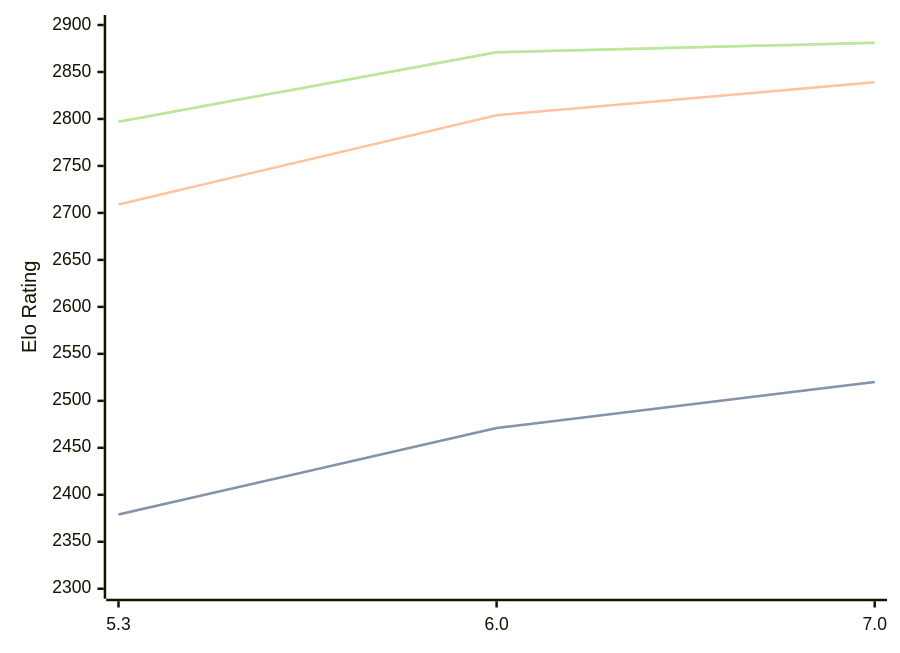
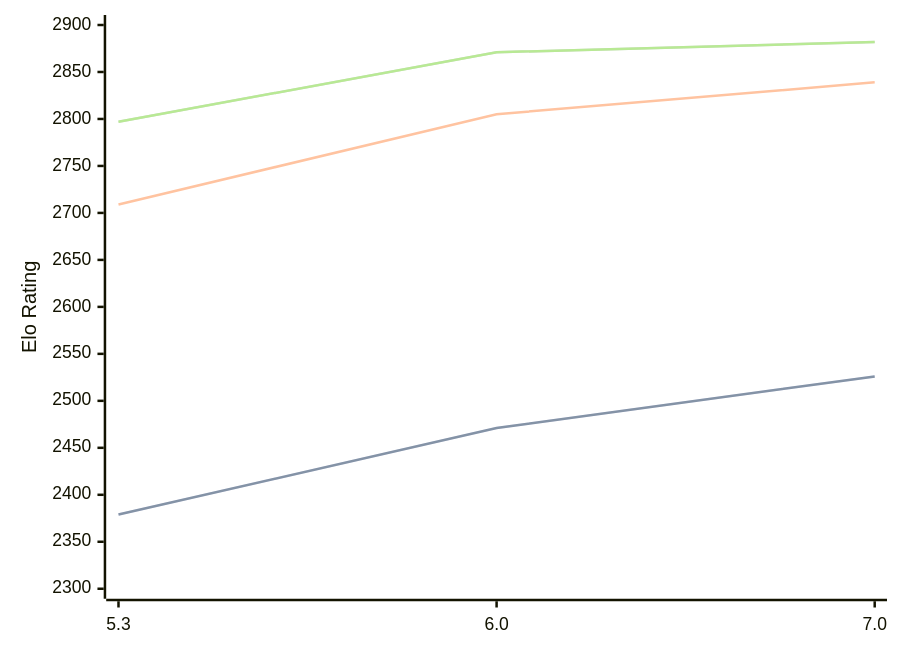
Before and after one commit to computer-chess-index/cci: the diagram in engines/tomitankChess.md, drawn with Mermaid. The commit also changed other lines of this file, not shown here.

Commit message:
Update CCI Ratings (ELO VLTC) - 2026-07-30

````diff
--- a/engines/tomitankChess.md
+++ b/engines/tomitankChess.md
@@ -41,11 +41,11 @@
 ```mermaid
 %%{init: {"theme":"base","themeVariables":{"seriesColors:['#a3a3a3','#222221','#faa371']}}}%%
 xychart-beta
   x-axis ["5.3", "6.0", "7.0"]
   y-axis "Elo Rating" 2300 --> 2900
-  line "STC (8.0+0.08s)" [2379, 2471, 2520]
-  line "STC (8.0+0.08s)" [2379, 2471, 2520]
-  line "LTC (60.0+0.60s)" [2709, 2804, 2839]
-  line "VLTC (2m24s+1.12s)" [2797, 2871, 2881]
-  line "VLTC (2m24s+1.12s)" [2797, 2871, 2881]
+  line "STC (8.0+0.08s)" [2379, 2471, 2526]
+  line "STC (8.0+0.08s)" [2379, 2471, 2526]
+  line "LTC (60.0+0.60s)" [2709, 2805, 2839]
+  line "VLTC (2m24s+1.12s)" [2797, 2871, 2882]
+  line "VLTC (2m24s+1.12s)" [2797, 2871, 2882]
 ```
````
